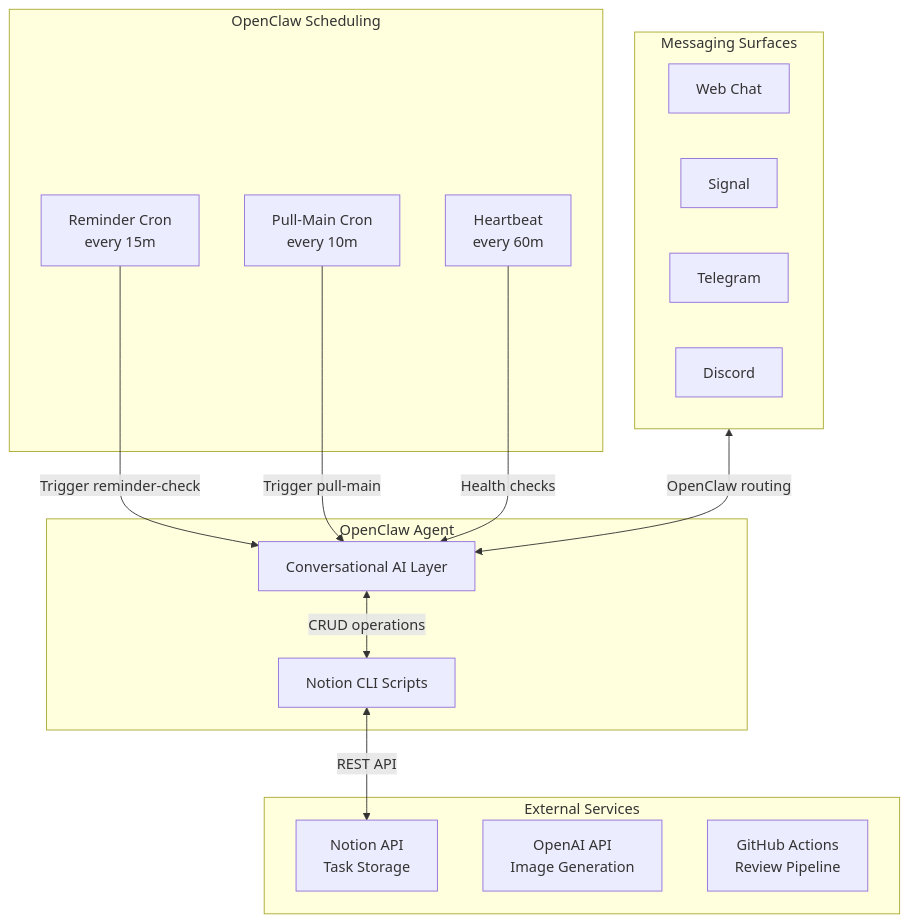
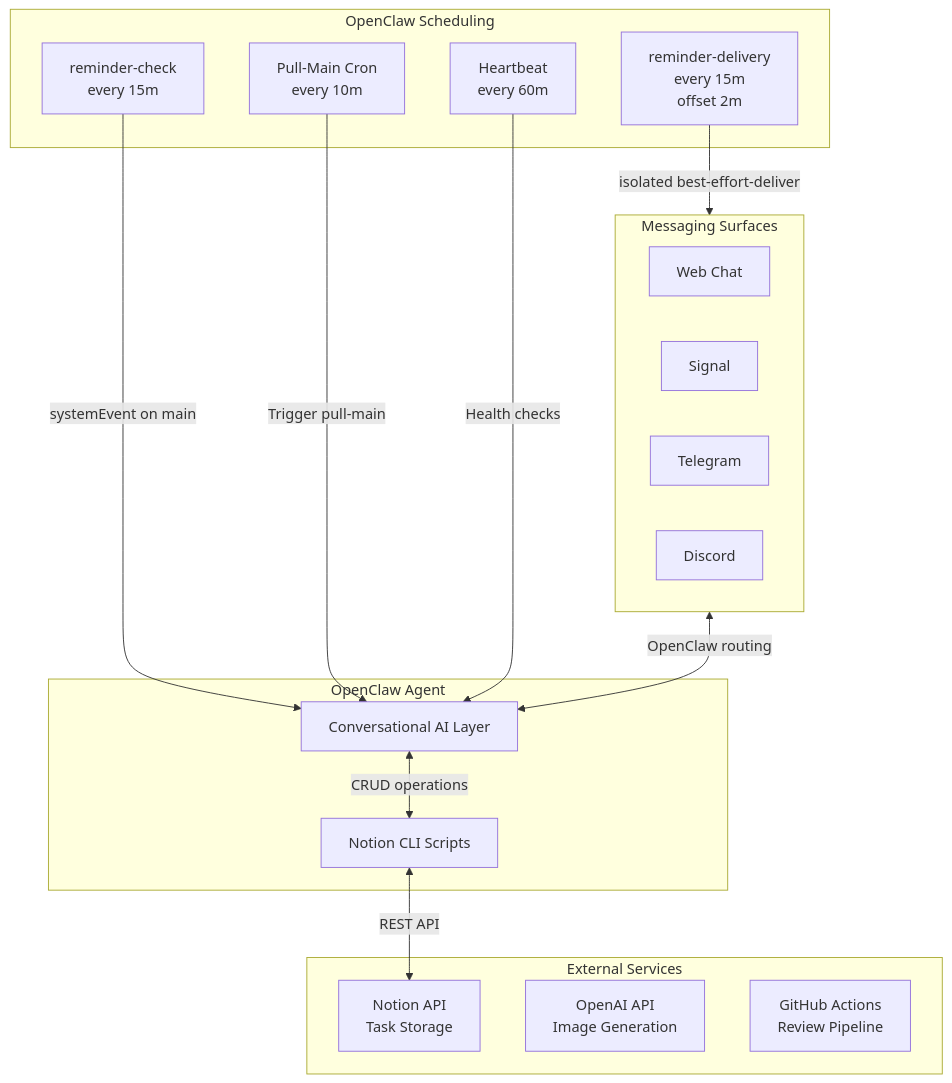
One commit to NickBorgersProbably/hide-my-list changed the first of 6 diagrams in docs/architecture.md. Above: the diagram before and after it, drawn with Mermaid. The commit also changed other lines of this file and 2 other files, not shown here.

Commit message:
Align reminder split docs with isolated delivery flow

````diff
--- a/docs/architecture.md
+++ b/docs/architecture.md
@@ -14,33 +14,35 @@
 ```mermaid
 flowchart TB
     subgraph Agent["OpenClaw Agent"]
         AI[Conversational AI Layer]
         Scripts[Notion CLI Scripts]
     end
 
     subgraph Scheduling["OpenClaw Scheduling"]
         Heartbeat[Heartbeat<br/>every 60m]
-        ReminderCron[Reminder Cron<br/>every 15m]
+        ReminderCheckCron[reminder-check<br/>every 15m]
+        ReminderDeliveryCron[reminder-delivery<br/>every 15m<br/>offset 2m]
         PullMainCron[Pull-Main Cron<br/>every 10m]
     end
 
     subgraph Messaging["Messaging Surfaces"]
         Web[Web Chat]
         Signal[Signal]
         Telegram[Telegram]
         Discord[Discord]
     end
 
     subgraph External["External Services"]
         Notion[Notion API<br/>Task Storage]
         OpenAI[OpenAI API<br/>Image Generation]
         GitHub[GitHub Actions<br/>Review Pipeline]
     end
 
     Messaging <-->|OpenClaw routing| AI
     AI <-->|CRUD operations| Scripts
     Scripts <-->|REST API| Notion
-    ReminderCron -->|Trigger reminder-check| AI
+    ReminderCheckCron -->|systemEvent on main| AI
+    ReminderDeliveryCron -->|isolated best-effort-deliver| Messaging
     PullMainCron -->|Trigger pull-main| AI
     Heartbeat -->|Health checks| AI
 ```
````
